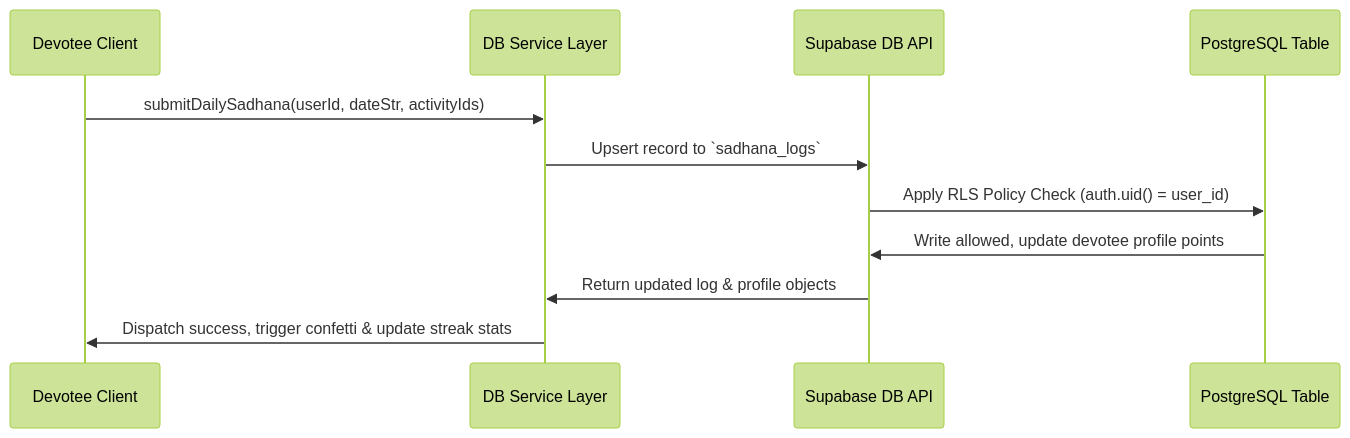
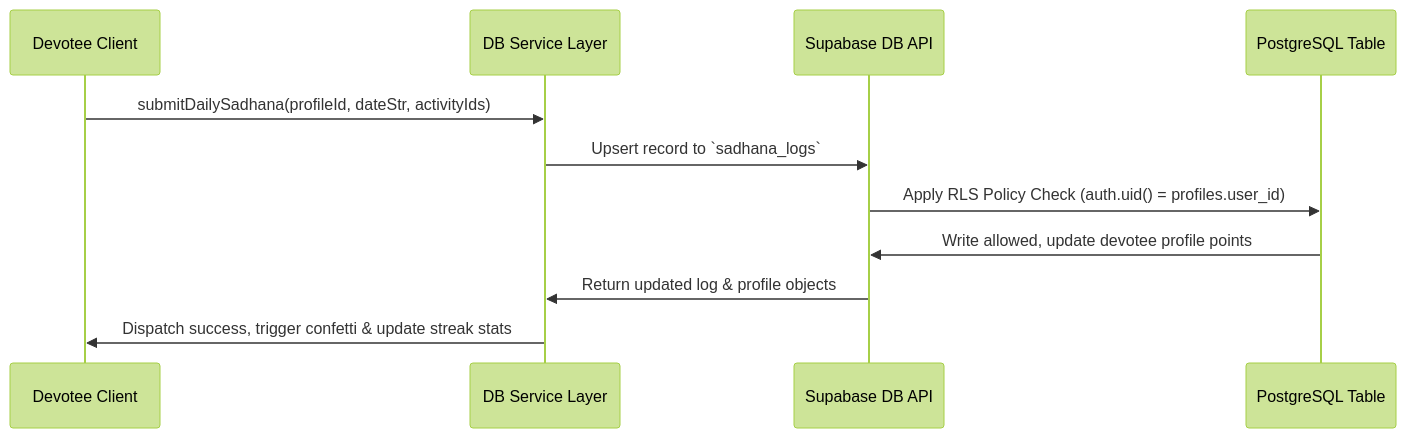
Before and after one commit to Jainabhi90/jain-website-labriya-: the third of 3 diagrams in docs/ARCHITECTURE.md, drawn with Mermaid (forest theme). The commit also changed other lines of this file and 14 other files, not shown here.

Commit message:
feat: transition to Google Auth and implement multi-profile family account support with onboarding flow

````diff
--- a/docs/ARCHITECTURE.md
+++ b/docs/ARCHITECTURE.md
@@ -94,14 +126,14 @@
 ```mermaid
 sequenceDiagram
     participant D as Devotee Client
     participant DS as DB Service Layer
     participant S as Supabase DB API
     participant DB as PostgreSQL Table
 
-    D->>DS: submitDailySadhana(userId, dateStr, activityIds)
+    D->>DS: submitDailySadhana(profileId, dateStr, activityIds)
     DS->>S: Upsert record to `sadhana_logs`
-    S->>DB: Apply RLS Policy Check (auth.uid() = user_id)
+    S->>DB: Apply RLS Policy Check (auth.uid() = profiles.user_id)
     DB->>S: Write allowed, update devotee profile points
     S->>DS: Return updated log & profile objects
     DS->>D: Dispatch success, trigger confetti & update streak stats
 ```
````
